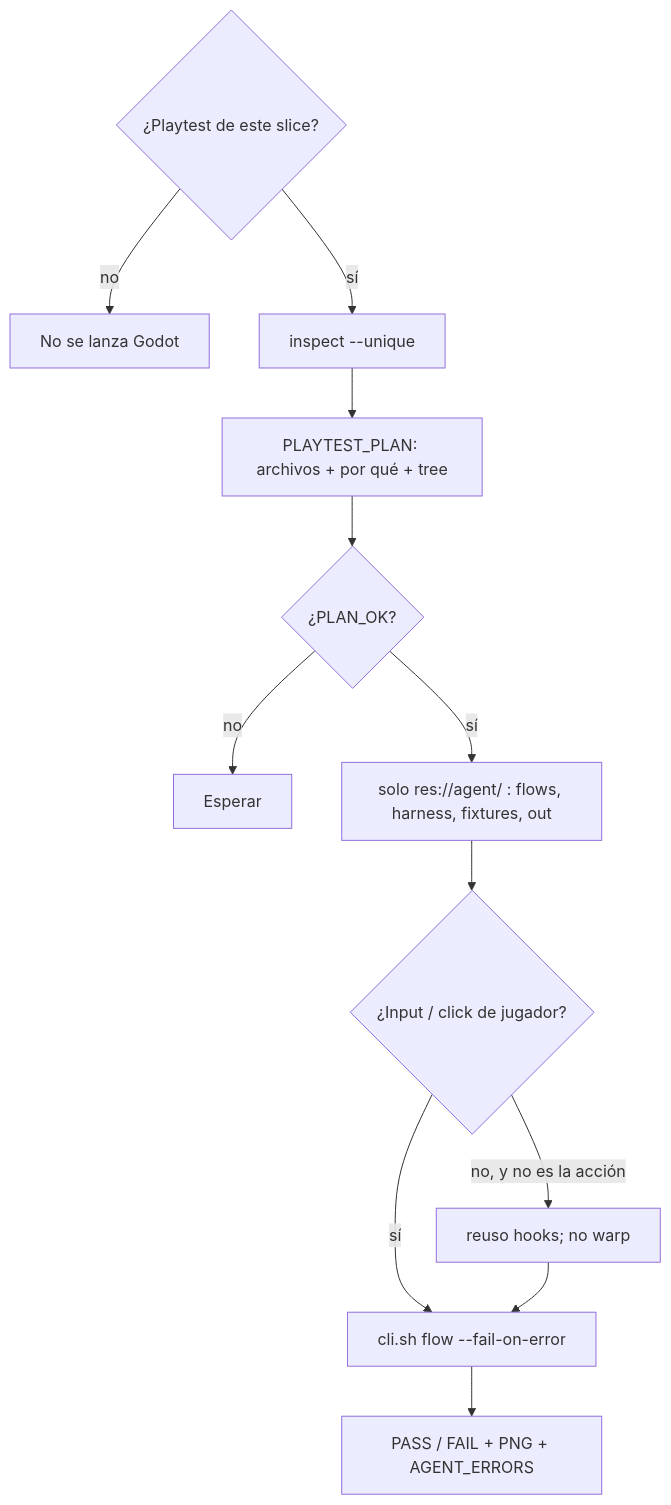
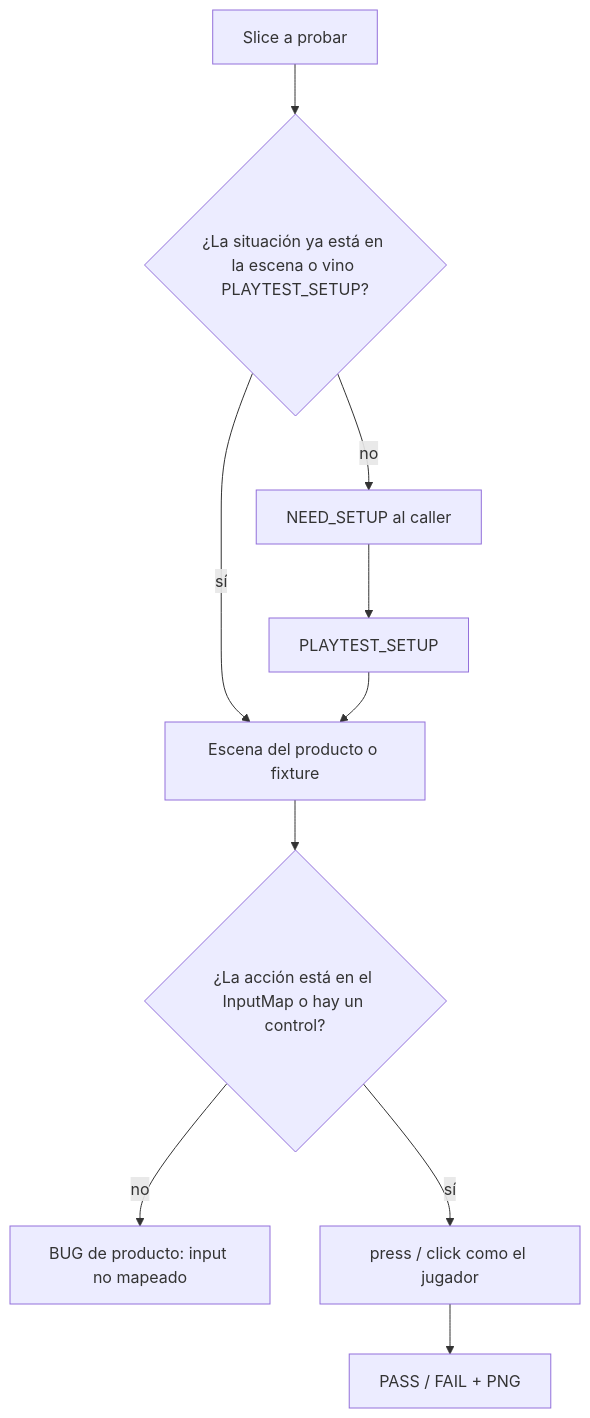
One commit to Joelnicolass/godot-studio-playtest changed the second of 2 diagrams in README.md. Above: the diagram before and after it, drawn with Mermaid. The commit also changed other lines of this file and 39 other files, not shown here.

First line of the commit message:
Ask the caller for playtest setup and stop duplicating the addon.

````diff
--- a/README.md
+++ b/README.md
@@ -66,15 +66,12 @@
 ```mermaid
 flowchart TD
-  ask{¿Playtest de este slice?}
-  ask -->|no| stop[No se lanza Godot]
-  ask -->|sí| inspect[inspect --unique]
-  inspect --> plan[PLAYTEST_PLAN: archivos + por qué + tree]
-  plan --> okp{¿PLAN_OK?}
-  okp -->|no| wait[Esperar]
-  okp -->|sí| flow["solo res://agent/ : flows, harness, fixtures, out"]
-  flow --> clicks{¿Input / click de jugador?}
-  clicks -->|sí| run["cli.sh flow --fail-on-error"]
-  clicks -->|no, y no es la acción| harness["reuso hooks; no warp"]
-  harness --> run
-  run --> report[PASS / FAIL + PNG + AGENT_ERRORS]
+  slice[Slice a probar] --> seen{¿La situación ya está en la escena o vino PLAYTEST_SETUP?}
+  seen -->|no| ask[NEED_SETUP al caller]
+  ask --> setup[PLAYTEST_SETUP]
+  seen -->|sí| cut[Escena del producto o fixture]
+  setup --> cut
+  cut --> input{¿La acción está en el InputMap o hay un control?}
+  input -->|no| bug[BUG de producto: input no mapeado]
+  input -->|sí| run["press / click como el jugador"]
+  run --> report[PASS / FAIL + PNG]
 ```
````
